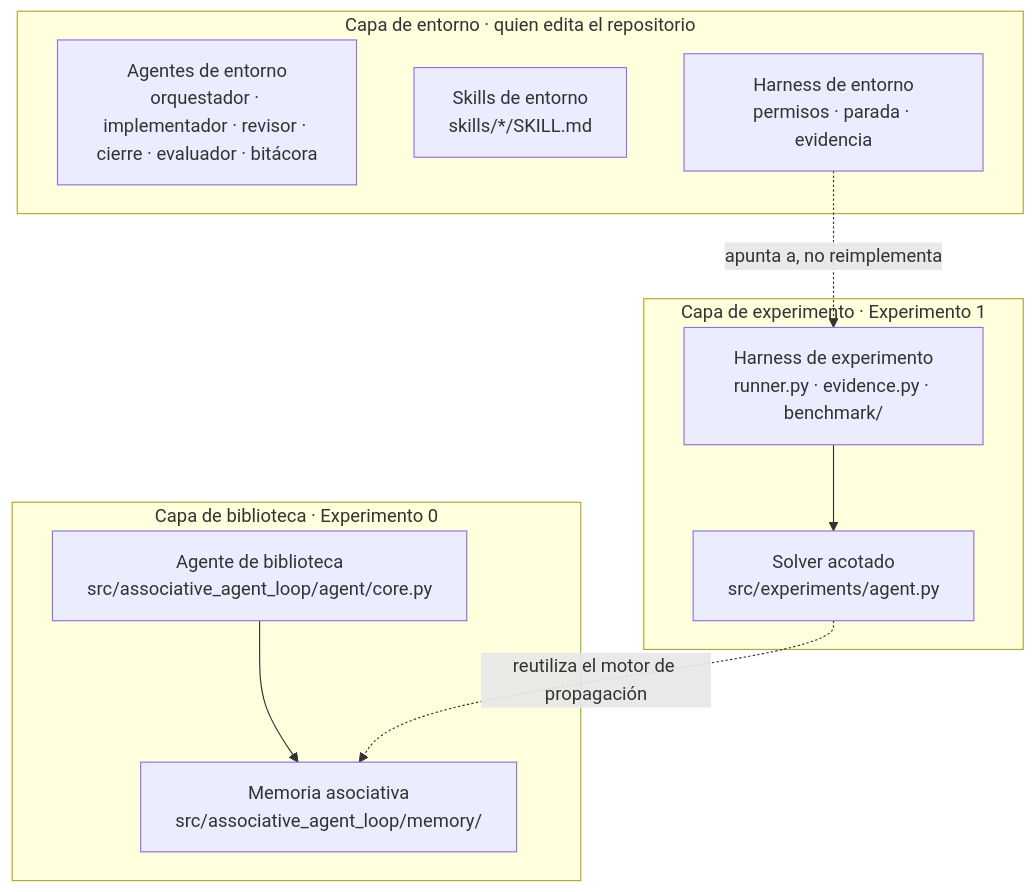
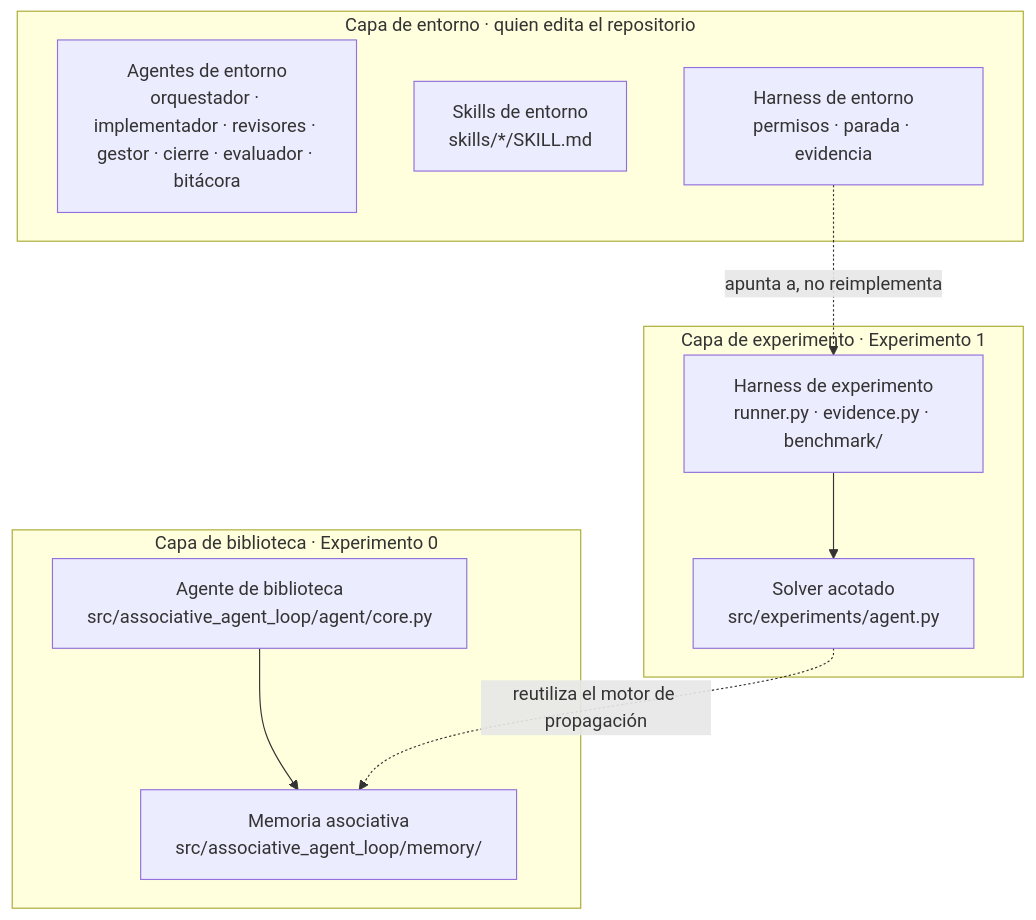
Before and after one commit to cherrera0001/Agents_Learning_Loops: the diagram in docs/entorno/README.md, drawn with Mermaid. The commit also changed 9 other files, not shown here.

````diff
--- a/docs/entorno/README.md
+++ b/docs/entorno/README.md
@@ -9,20 +9,20 @@
 ```mermaid
 flowchart TB
     subgraph E["Capa de entorno · quien edita el repositorio"]
-        AG["Agentes de entorno<br/>orquestador · implementador · revisor · cierre · evaluador · bitácora"]
+        AG["Agentes de entorno<br/>orquestador · implementador · revisores · gestor · cierre · evaluador · bitácora"]
         SK["Skills de entorno<br/>skills/*/SKILL.md"]
         HE["Harness de entorno<br/>permisos · parada · evidencia"]
     end
     subgraph X["Capa de experimento · Experimento 1"]
         SA["Solver acotado<br/>src/experiments/agent.py"]
         HX["Harness de experimento<br/>runner.py · evidence.py · benchmark/"]
     end
     subgraph B["Capa de biblioteca · Experimento 0"]
         AB["Agente de biblioteca<br/>src/associative_agent_loop/agent/core.py"]
         MEM["Memoria asociativa<br/>src/associative_agent_loop/memory/"]
     end
     HE -. "apunta a, no reimplementa" .-> HX
     HX --> SA
     AB --> MEM
     SA -. "reutiliza el motor de propagación" .-> MEM
 ```
````
